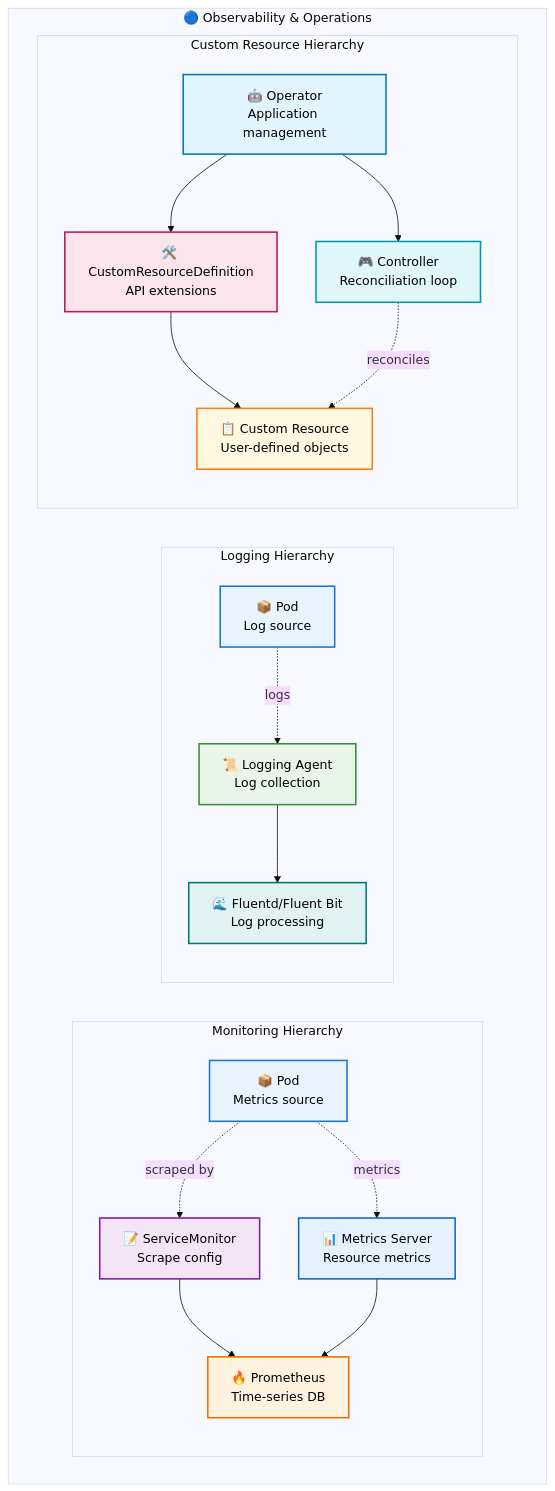
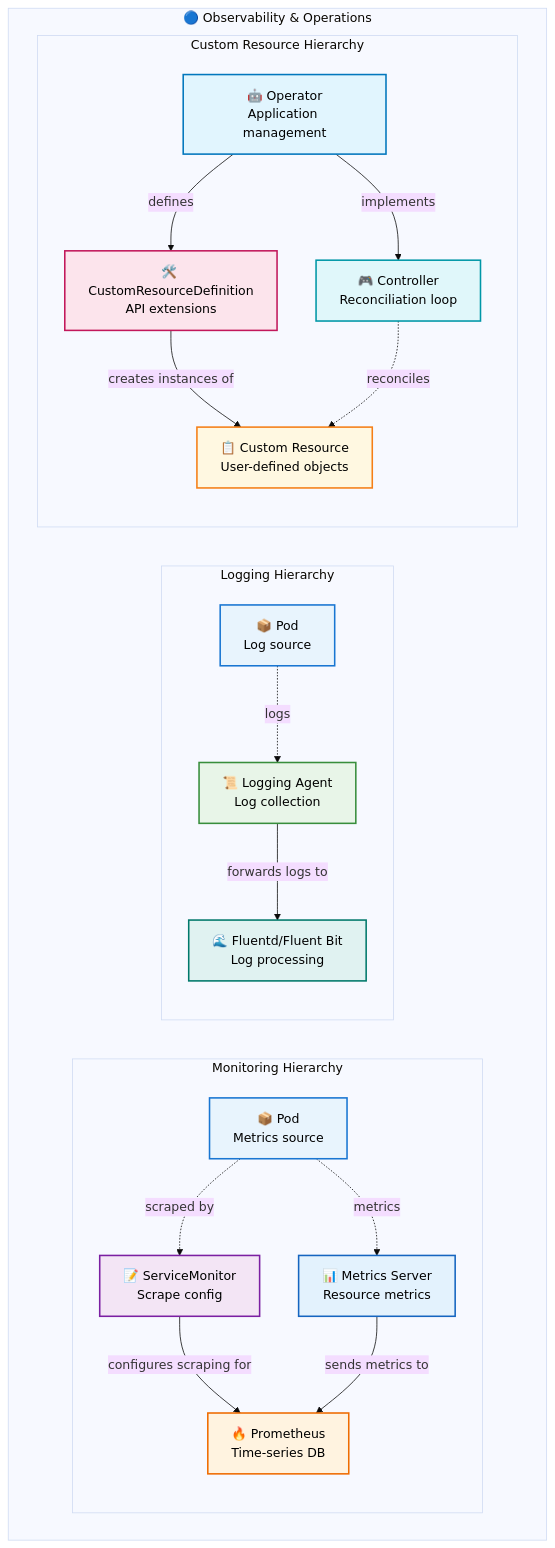
One commit to razkevich/system_design_course changed the eighth of 8 diagrams in 1.4_distributed_systems/kubernetes_developer_guide.md. Above: the diagram before and after it, drawn with Mermaid (base theme). The commit also changed other lines of this file, not shown here.

````diff
--- a/1.4_distributed_systems/kubernetes_developer_guide.md
+++ b/1.4_distributed_systems/kubernetes_developer_guide.md
@@ -309,50 +309,50 @@
 ```mermaid
 flowchart TD
     subgraph "🔵 Observability & Operations"
         
         subgraph "Monitoring Hierarchy"
             MetricsServer["📊 Metrics Server<br/>Resource metrics"]
             Prometheus["🔥 Prometheus<br/>Time-series DB"]
             ServiceMonitor["📝 ServiceMonitor<br/>Scrape config"]
             MonitoredPod["📦 Pod<br/>Metrics source"]
             
-            ServiceMonitor --> Prometheus
-            MetricsServer --> Prometheus
+            ServiceMonitor -->|"configures scraping for"| Prometheus
+            MetricsServer -->|"sends metrics to"| Prometheus
             MonitoredPod -.->|"scraped by"| ServiceMonitor
             MonitoredPod -.->|"metrics"| MetricsServer
         end
         
         subgraph "Logging Hierarchy"
             LoggingAgent["📜 Logging Agent<br/>Log collection"]
             Fluentd["🌊 Fluentd/Fluent Bit<br/>Log processing"]
             LogPod["📦 Pod<br/>Log source"]
             
             LogPod -.->|"logs"| LoggingAgent
-            LoggingAgent --> Fluentd
+            LoggingAgent -->|"forwards logs to"| Fluentd
         end
         
         subgraph "Custom Resource Hierarchy"
             Operator["🤖 Operator<br/>Application management"]
             Controller["🎮 Controller<br/>Reconciliation loop"]
             CRD["🛠️ CustomResourceDefinition<br/>API extensions"]
             CustomResource["📋 Custom Resource<br/>User-defined objects"]
             
-            Operator --> Controller
-            Operator --> CRD
-            CRD --> CustomResource
+            Operator -->|"implements"| Controller
+            Operator -->|"defines"| CRD
+            CRD -->|"creates instances of"| CustomResource
             Controller -.->|"reconciles"| CustomResource
         end
     end
     
     style MonitoredPod fill:#e8f4fd,stroke:#1976d2,stroke-width:2px,color:#000
     style LogPod fill:#e8f4fd,stroke:#1976d2,stroke-width:2px,color:#000
     style MetricsServer fill:#e3f2fd,stroke:#1565c0,stroke-width:2px,color:#000
     style Prometheus fill:#fff3e0,stroke:#ef6c00,stroke-width:2px,color:#000
     style ServiceMonitor fill:#f3e5f5,stroke:#7b1fa2,stroke-width:2px,color:#000
     style LoggingAgent fill:#e8f5e8,stroke:#388e3c,stroke-width:2px,color:#000
     style Fluentd fill:#e0f2f1,stroke:#00796b,stroke-width:2px,color:#000
     style Operator fill:#e1f5fe,stroke:#0277bd,stroke-width:2px,color:#000
     style Controller fill:#e0f7fa,stroke:#0097a7,stroke-width:2px,color:#000
     style CRD fill:#fce4ec,stroke:#c2185b,stroke-width:2px,color:#000
     style CustomResource fill:#fff8e1,stroke:#f57f17,stroke-width:2px,color:#000
 ```
````
